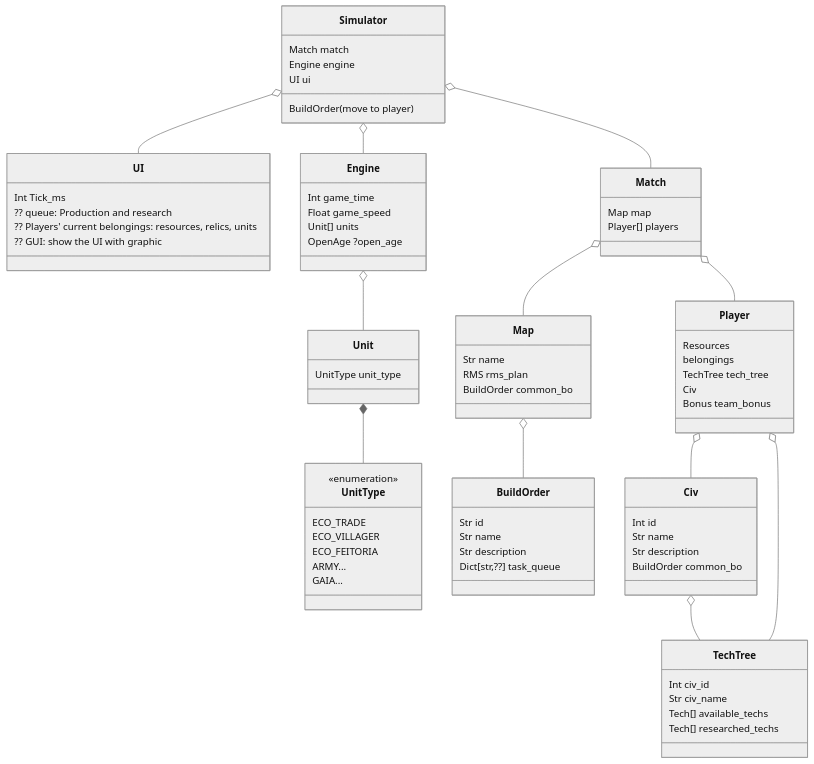
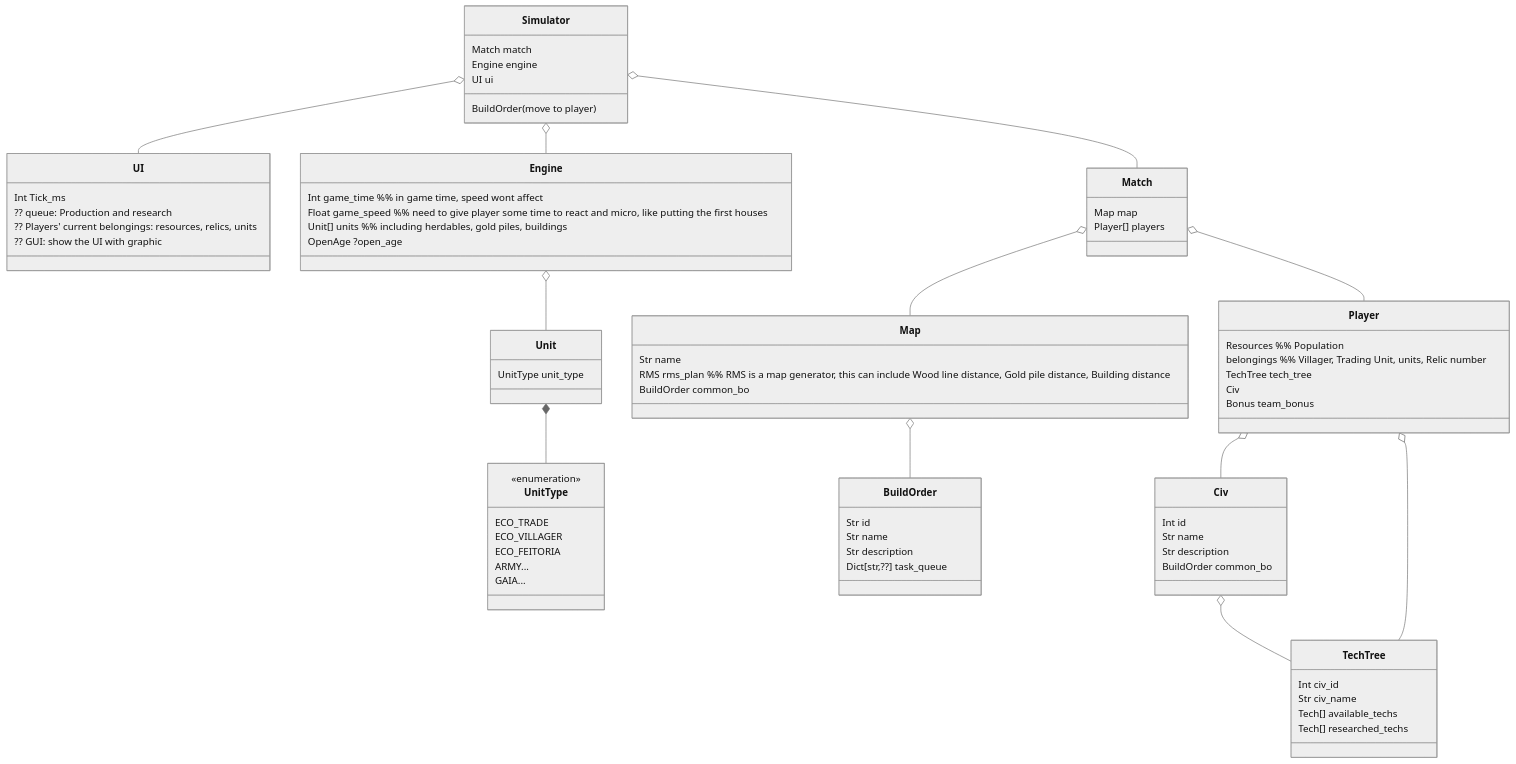
One commit to PabloLION/simulAOEr changed the diagram in README.md. Above: the diagram before and after it, drawn with Mermaid (neutral theme).

Commit message:
doc: fix mermaid comment

````diff
--- a/README.md
+++ b/README.md
@@ -25,78 +25,78 @@
 ```mermaid
 classDiagram
   class Simulator {
     Match match
     Engine engine
     UI ui
     BuildOrder (move to player)
   }
   Simulator o-- UI
   class UI{
     Int Tick_ms
     ?? queue: Production and research
     ?? Players' current belongings: resources, relics, units
     ?? GUI: show the UI with graphic
   }
   Simulator o-- Match
   class Match {
     Map map
     Player[] players
   }
   Simulator o-- Engine
   class Engine {
-    Int game_time <!-- in game time, speed wont affect -->
-    Float game_speed <!-- need to give player some time to react and micro, like putting the first houses -->
-    Unit[] units <!-- including herdables, gold piles, buildings -->
+    Int game_time %% in game time, speed wont affect
+    Float game_speed %% need to give player some time to react and micro, like putting the first houses
+    Unit[] units %% including herdables, gold piles, buildings
     OpenAge ?open_age
   }
   Engine o-- Unit
   class Unit {
     UnitType unit_type
   }
   Unit *-- UnitType
   class UnitType {
     <<enumeration>>
     ECO_TRADE
     ECO_VILLAGER
     ECO_FEITORIA
     ARMY...
     GAIA...
   }
   Match o-- Map
   class Map {
     Str name
-    RMS rms_plan <!-- RMS is a map generator, this can include Wood line distance, Gold pile distance, Building distance -->
+    RMS rms_plan %% RMS is a map generator, this can include Wood line distance, Gold pile distance, Building distance
     BuildOrder common_bo
   }
   Map o-- BuildOrder
   class BuildOrder {
     Str id
     Str name
     Str description
     Dict[str,??] task_queue
   }
   Match o-- Player
   class Player {
-    Resources <!-- Population -->
-    belongings <!-- Villager, Trading Unit, units, Relic number -->
+    Resources %% Population
+    belongings %% Villager, Trading Unit, units, Relic number
     TechTree tech_tree
     Civ
     Bonus team_bonus
   }
   Player o-- Civ
   class Civ {
     Int id
     Str name
     Str description
     BuildOrder common_bo
   }
   Civ o-- TechTree
   Player o-- TechTree
   class TechTree {
     Int civ_id
     Str civ_name
     Tech[] available_techs
     Tech[] researched_techs
   }
 
 ```
````
